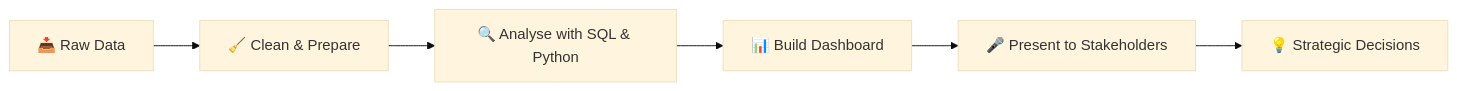
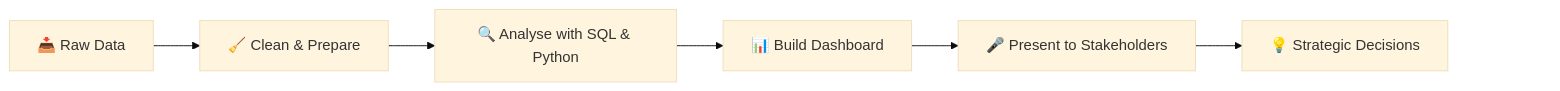
The diagram in README.md (lakshasini/lakshasini), drawn with Mermaid (base theme) before and after one commit.

Commit message:
Create profile README with bio, tech stack and roadmap

````diff
--- a/README.md
+++ b/README.md
@@ -48,8 +48,11 @@
 ```mermaid
 flowchart LR
     A[📥 Raw Data] --> B[🧹 Clean & Prepare]
     B --> C[🔍 Analyse with SQL & Python]
     C --> D[📊 Build Dashboard]
     D --> E[🎤 Present to Stakeholders]
     E --> F[💡 Strategic Decisions]
+    F ~~~ G[" "]
+    style G fill:none,stroke:none
+
 ```
````
